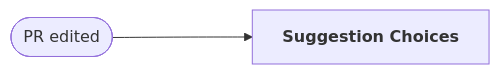
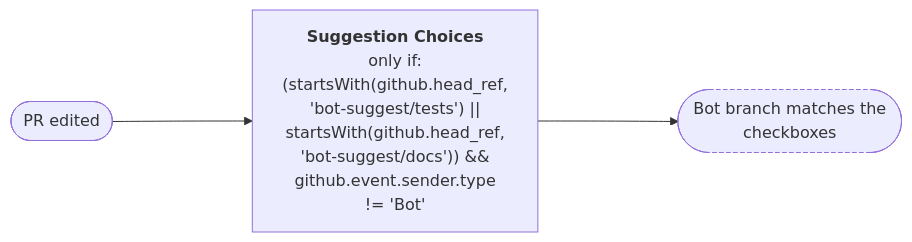
One commit to nfdi4health/dsSupportClient changed the fourth of 6 diagrams in .github/workflow-graphs/README.md. Above: the diagram before and after it, drawn with Mermaid. The commit also changed other lines of this file, not shown here.

Commit message:
docs: update workflow diagrams

````diff
--- a/.github/workflow-graphs/README.md
+++ b/.github/workflow-graphs/README.md
@@ -111,8 +111,10 @@
 ```mermaid
 %%{init: {"flowchart": {"rankSpacing": 140, "nodeSpacing": 45}}}%%
 flowchart LR
   ev(["PR edited"])
-  wf_suggestion_choices_yml["<b>Suggestion Choices</b>"]
+  wf_suggestion_choices_yml["<b>Suggestion Choices</b><br/>only if:<br/>(startsWith(github.head_ref,<br/>'bot-suggest/tests') ||<br/>startsWith(github.head_ref,<br/>'bot-suggest/docs')) &&<br/>github.event.sender.type<br/>!= 'Bot'"]
   ev --> wf_suggestion_choices_yml
+  out_1(["Bot branch matches the<br/>checkboxes"]):::outcome
+  wf_suggestion_choices_yml --> out_1
   classDef outcome stroke-dasharray: 4 3
 ```
````
